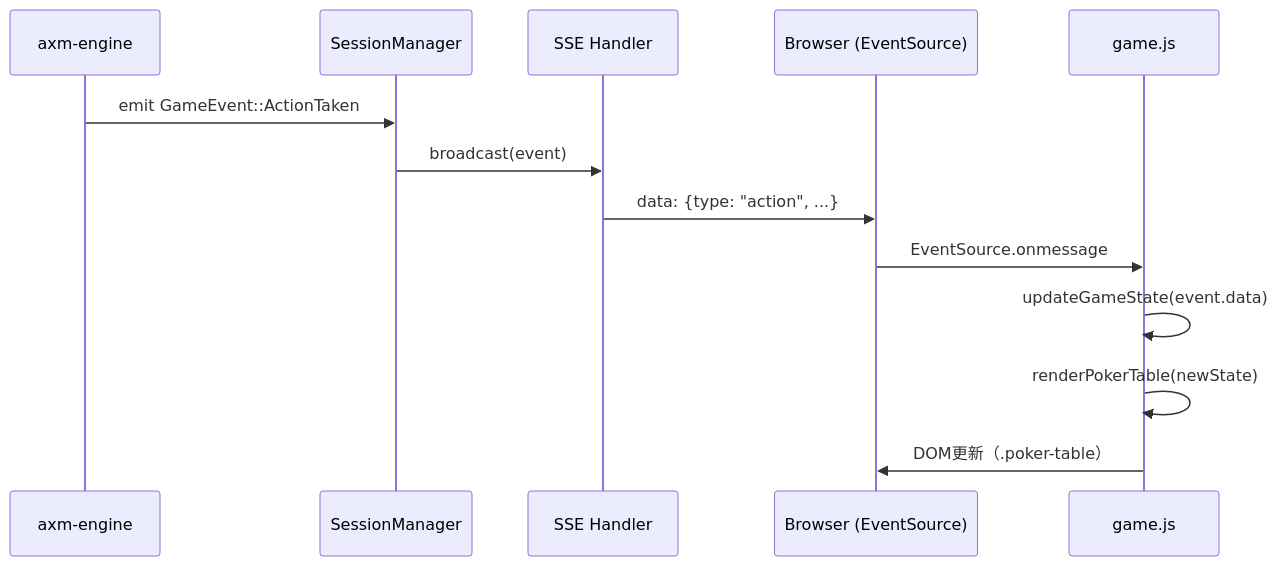
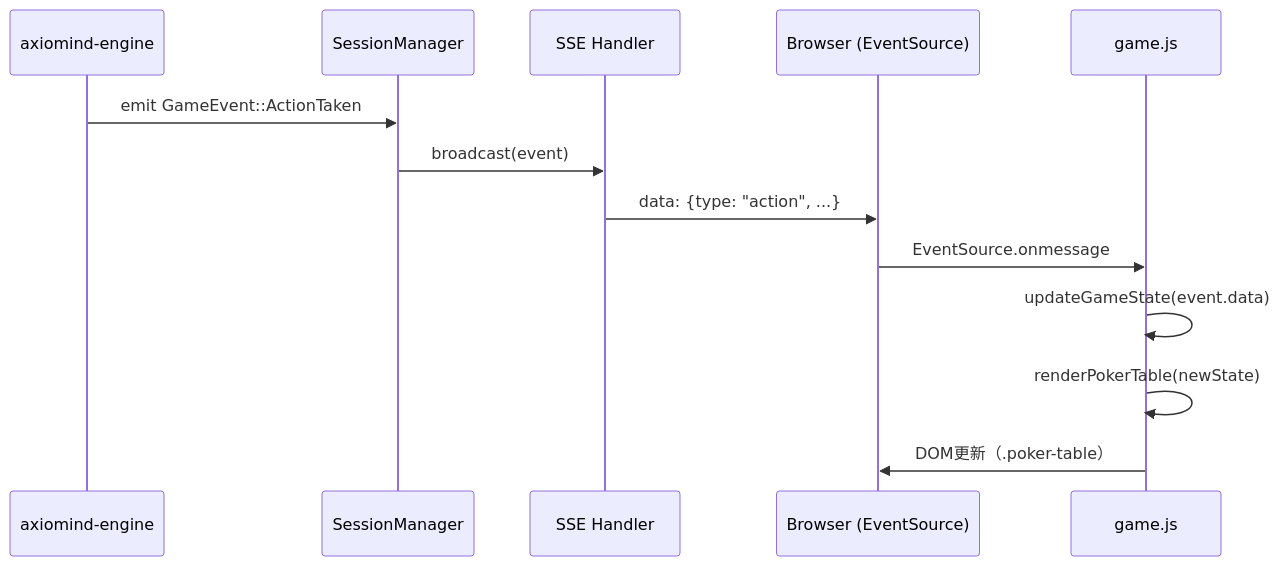
The fourth of 6 diagrams in .kiro/specs/web-server-fixes/design.md (omoch1-2357/Axiomind), drawn with Mermaid before and after one commit. The commit also changed other lines of this file and 124 other files, not shown here.

Commit message:
Refactor codebase to replace "axm" with "axiomind" across all modules

````diff
--- a/.kiro/specs/web-server-fixes/design.md
+++ b/.kiro/specs/web-server-fixes/design.md
@@ -304,16 +304,16 @@
 ```mermaid
 sequenceDiagram
-    participant Engine as axm-engine
+    participant Engine as axiomind-engine
     participant Manager as SessionManager
     participant SSE as SSE Handler
     participant Browser as Browser (EventSource)
     participant JS as game.js
 
     Engine->>Manager: emit GameEvent::ActionTaken
     Manager->>SSE: broadcast(event)
     SSE->>Browser: data: {type: "action", ...}
     Browser->>JS: EventSource.onmessage
     JS->>JS: updateGameState(event.data)
     JS->>JS: renderPokerTable(newState)
     JS->>Browser: DOM更新（.poker-table）
 ```
````
